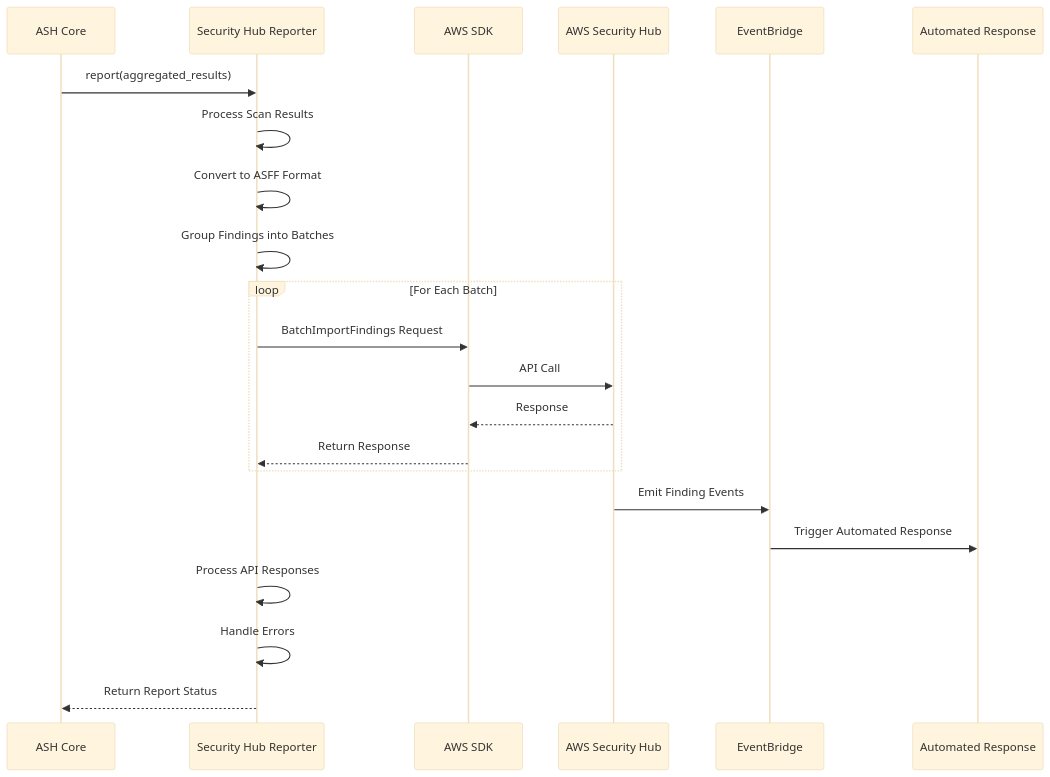
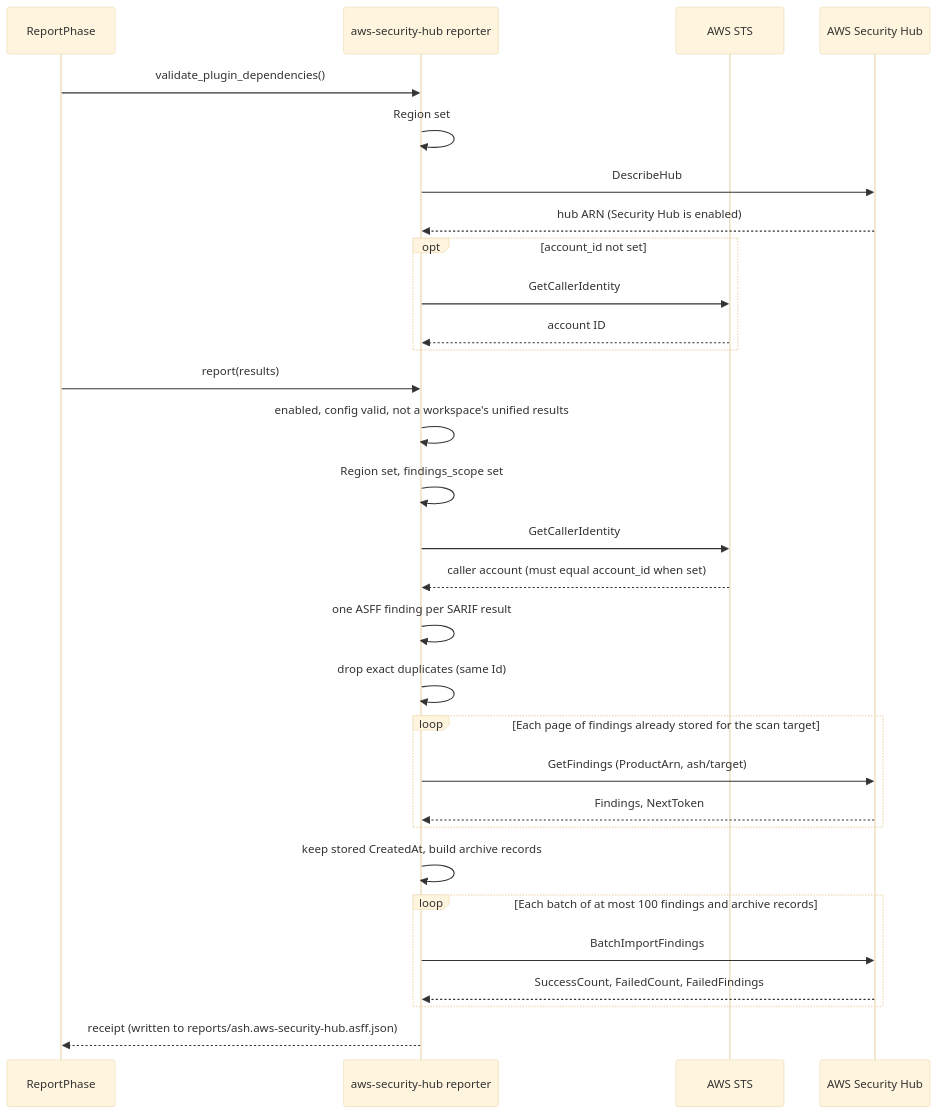
The first of 4 diagrams in docs/content/docs/plugins/aws/security-hub-reporter-diagrams.md (awslabs/automated-security-helper), drawn with Mermaid (base theme) before and after one commit. The commit also changed other lines of this file and 2834 other files, not shown here.

````diff
--- a/docs/content/docs/plugins/aws/security-hub-reporter-diagrams.md
+++ b/docs/content/docs/plugins/aws/security-hub-reporter-diagrams.md
@@ -46,30 +7,33 @@
 ```mermaid
 sequenceDiagram
-    participant ASH as ASH Core
-    participant SHR as Security Hub Reporter
-    participant SDK as AWS SDK
+    participant RP as ReportPhase
+    participant SHR as aws-security-hub reporter
+    participant STS as AWS STS
     participant SH as AWS Security Hub
-    participant EB as EventBridge
-    participant AR as Automated Response
 
-    ASH->>SHR: report(aggregated_results)
-    SHR->>SHR: Process Scan Results
-    SHR->>SHR: Convert to ASFF Format
-
-    SHR->>SHR: Group Findings into Batches
-
-    loop For Each Batch
-        SHR->>SDK: BatchImportFindings Request
-        SDK->>SH: API Call
-        SH-->>SDK: Response
-        SDK-->>SHR: Return Response
+    RP->>SHR: validate_plugin_dependencies()
+    SHR->>SHR: Region set
+    SHR->>SH: DescribeHub
+    SH-->>SHR: hub ARN (Security Hub is enabled)
+    opt account_id not set
+        SHR->>STS: GetCallerIdentity
+        STS-->>SHR: account ID
     end
-
-    SH->>EB: Emit Finding Events
-    EB->>AR: Trigger Automated Response
-
-    SHR->>SHR: Process API Responses
-    SHR->>SHR: Handle Errors
-
-    SHR-->>ASH: Return Report Status
+    RP->>SHR: report(results)
+    SHR->>SHR: enabled, config valid, not a workspace's unified results
+    SHR->>SHR: Region set, findings_scope set
+    SHR->>STS: GetCallerIdentity
+    STS-->>SHR: caller account (must equal account_id when set)
+    SHR->>SHR: one ASFF finding per SARIF result
+    SHR->>SHR: drop exact duplicates (same Id)
+    loop Each page of findings already stored for the scan target
+        SHR->>SH: GetFindings (ProductArn, ash/target)
+        SH-->>SHR: Findings, NextToken
+    end
+    SHR->>SHR: keep stored CreatedAt, build archive records
+    loop Each batch of at most 100 findings and archive records
+        SHR->>SH: BatchImportFindings
+        SH-->>SHR: SuccessCount, FailedCount, FailedFindings
+    end
+    SHR-->>RP: receipt (written to reports/ash.aws-security-hub.asff.json)
 ```
````
